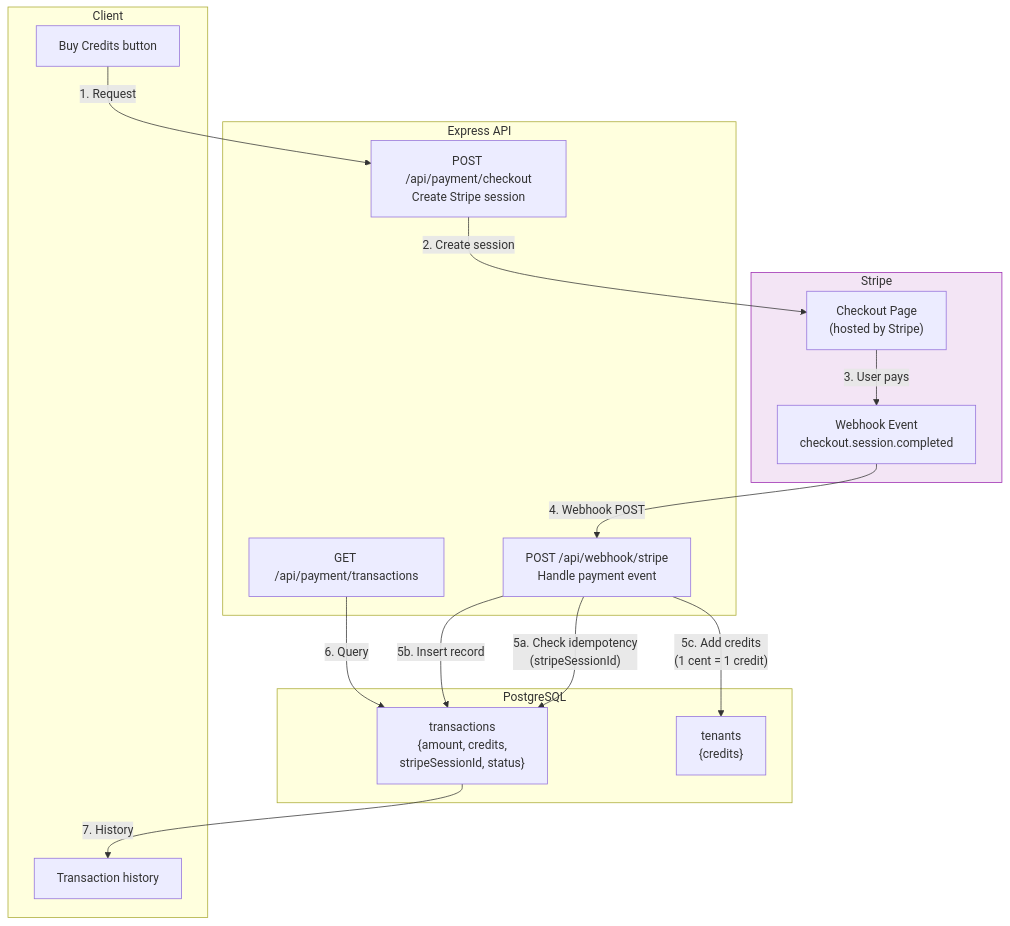
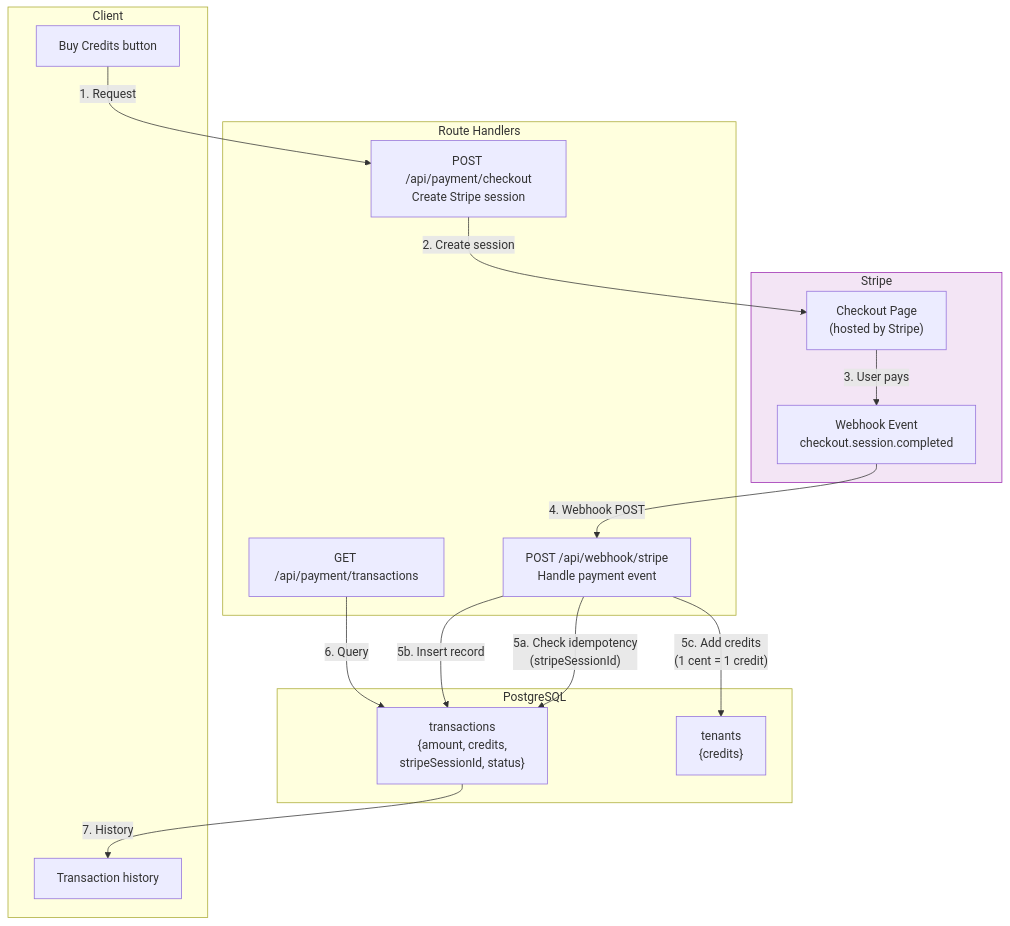
The fifth of 7 diagrams in docs/architecture-data.md (erium/app-template), drawn with Mermaid before and after one commit. The commit also changed other lines of this file and 7 other files, not shown here.

````diff
--- a/docs/architecture-data.md
+++ b/docs/architecture-data.md
@@ -184,37 +184,37 @@
 ```mermaid
 graph TD
     subgraph Client["Client"]
         BuyBtn["Buy Credits button"]
         TxList["Transaction history"]
     end
 
-    subgraph API["Express API"]
+    subgraph API["Route Handlers"]
         Checkout["POST /api/payment/checkout<br/>Create Stripe session"]
         WebhookH["POST /api/webhook/stripe<br/>Handle payment event"]
         TxGet["GET /api/payment/transactions"]
     end
 
     subgraph Stripe["Stripe"]
         StripeCheckout["Checkout Page<br/>(hosted by Stripe)"]
         StripeEvent["Webhook Event<br/>checkout.session.completed"]
     end
 
     subgraph DB["PostgreSQL"]
         TxTable["transactions<br/>{amount, credits,<br/>stripeSessionId, status}"]
         TenantTable["tenants<br/>{credits}"]
     end
 
     BuyBtn -->|"1. Request"| Checkout
     Checkout -->|"2. Create session"| StripeCheckout
     StripeCheckout -->|"3. User pays"| StripeEvent
     StripeEvent -->|"4. Webhook POST"| WebhookH
 
     WebhookH -->|"5a. Check idempotency<br/>(stripeSessionId)"| TxTable
     WebhookH -->|"5b. Insert record"| TxTable
     WebhookH -->|"5c. Add credits<br/>(1 cent = 1 credit)"| TenantTable
 
     TxGet -->|"6. Query"| TxTable
     TxTable -->|"7. History"| TxList
 
     style Stripe fill:#f3e5f5,stroke:#9C27B0
 ```
````
